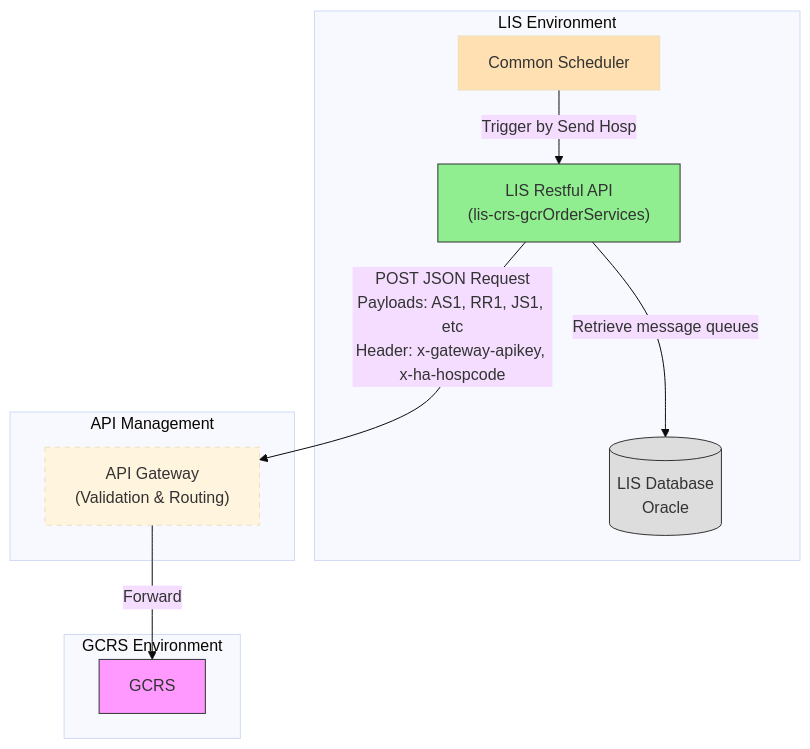
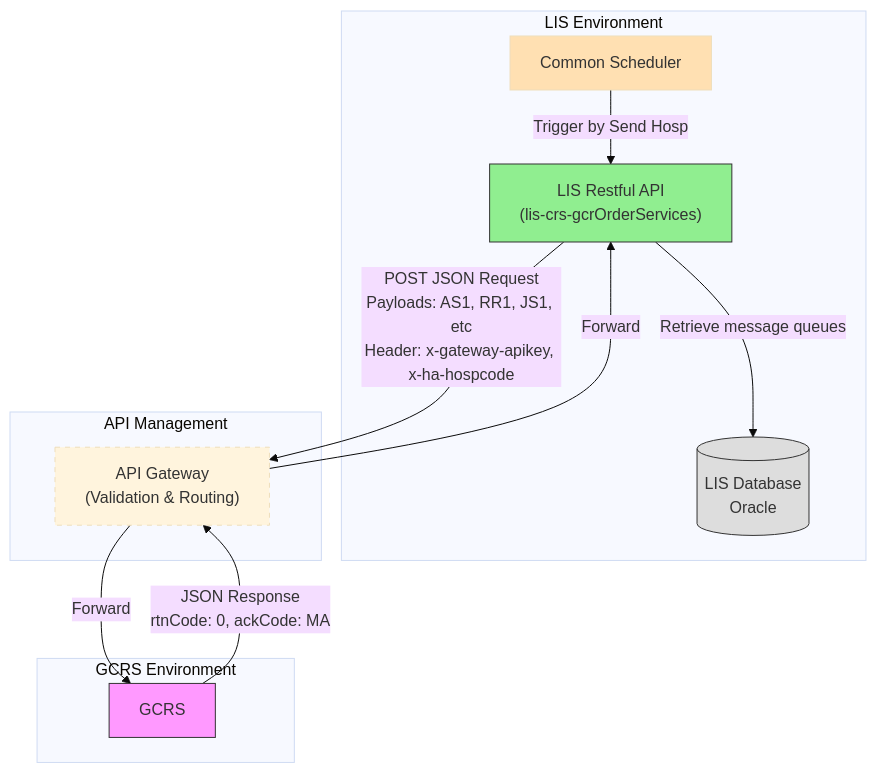
One commit to DragonChong/HA-Notes changed the second of 2 diagrams in CRS/Order Gateway/Technical Diagram.md. Above: the diagram before and after it, drawn with Mermaid (base theme). The commit also changed other lines of this file, not shown here.

Commit message:
vault backup: 2026-03-05 11:25:31

````diff
--- a/CRS/Order Gateway/Technical Diagram.md
+++ b/CRS/Order Gateway/Technical Diagram.md
@@ -34,24 +34,26 @@
 ```mermaid
-flowchart TB
+flowchart TD
  subgraph LIS_Env["LIS Environment"]
         DB[("LIS Database<br>Oracle")]
         COMM_SCH["Common Scheduler"]
         API["LIS Restful API<br>(lis-crs-gcrOrderServices)"]
   end
  subgraph API_Mgmt["API Management"]
         Gateway["API Gateway<br>(Validation &amp; Routing)"]
   end
  subgraph GCRS_Env["GCRS Environment"]
         GCRS["GCRS"]
   end
     COMM_SCH --> |Trigger by Send Hosp| API
     API --> |Retrieve message queues| DB
     API --> |POST JSON Request<br/>Payloads: AS1, RR1, JS1, etc<br/>Header: x-gateway-apikey, x-ha-hospcode| Gateway
     Gateway --> |Forward| GCRS
+    GCRS --> |JSON Response<br/>rtnCode: 0, ackCode: MA|Gateway
+    Gateway --> |Forward| API
 
     style DB fill:#DDD,stroke:#333
     style COMM_SCH fill:#FFE0B2
     style API fill:#90EE90,stroke:#333,stroke-width:1px
     style Gateway stroke-dasharray: 5 5
     style GCRS fill:#FF99FF,stroke:#333,stroke-width:1px
 ```
````
